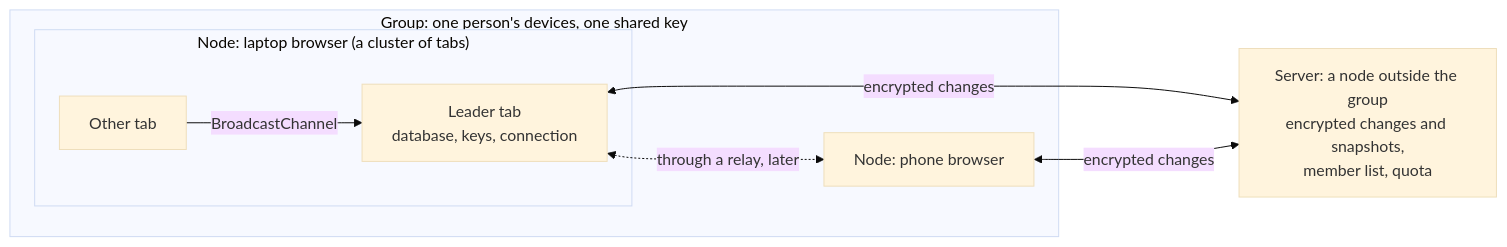
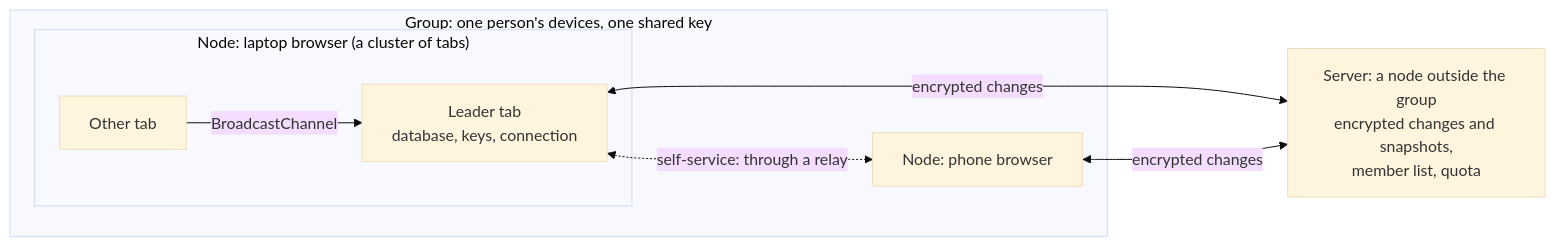
The diagram in docs/spec/network.md (SantaClaas/week-budget-planner), drawn with Mermaid (base theme) before and after one commit. The commit also changed other lines of this file and 3 other files, not shown here.

First line of the commit message:
Put self-service first, and name the two ways of syncing

````diff
--- a/docs/spec/network.md
+++ b/docs/spec/network.md
@@ -30,15 +33,15 @@
 ```mermaid
 flowchart LR
   subgraph group["Group: one person's devices, one shared key"]
     subgraph laptop["Node: laptop browser (a cluster of tabs)"]
       leader["Leader tab<br/>database, keys, connection"]
       follower["Other tab"]
       follower -- "BroadcastChannel" --> leader
     end
     phone["Node: phone browser"]
   end
   server["Server: a node outside the group<br/>encrypted changes and snapshots,<br/>member list, quota"]
   leader <-- "encrypted changes" --> server
   phone <-- "encrypted changes" --> server
-  leader <-. "through a relay, later" .-> phone
+  leader <-. "self-service: through a relay" .-> phone
 ```
````
